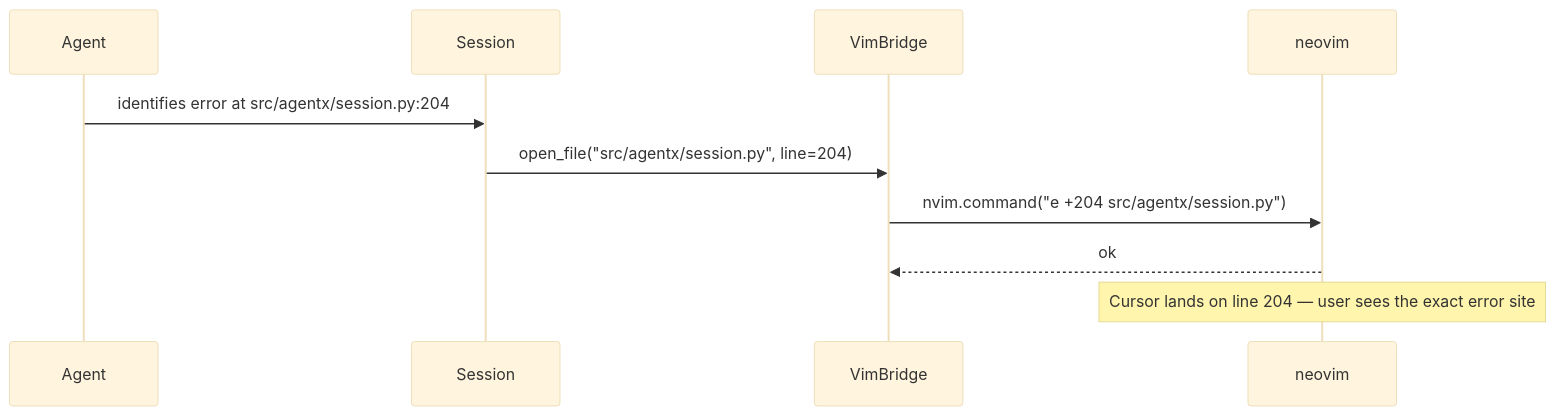
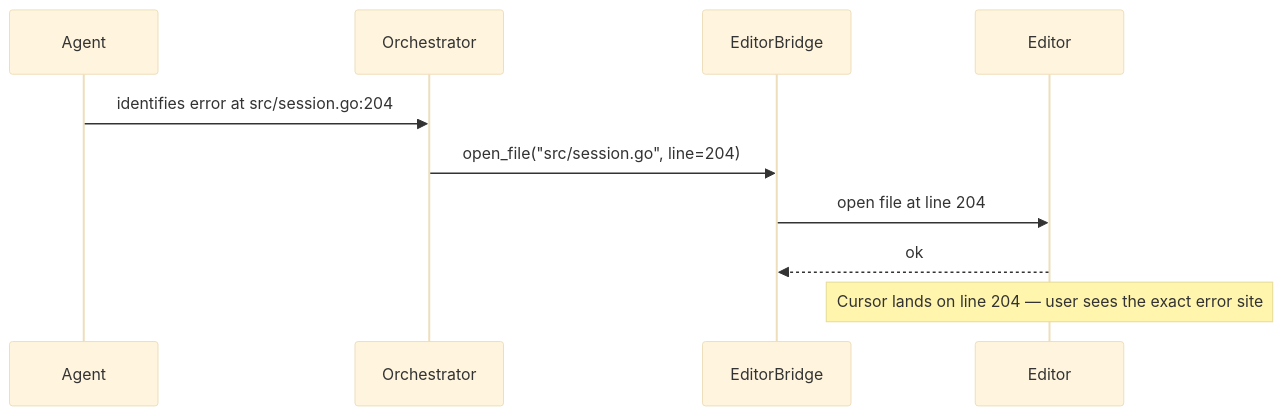
One commit to matthewapeters/agentX changed diagram 11 of 11 in docs/ux/05_VIBE_CODING.md. Above: the diagram before and after it, drawn with Mermaid (base theme). The commit also changed other lines of this file and 336 other files, not shown here.

````diff
--- a/docs/ux/05_VIBE_CODING.md
+++ b/docs/ux/05_VIBE_CODING.md
@@ -755,13 +326,13 @@
 ```mermaid
 sequenceDiagram
     participant Agent
-    participant Session
-    participant VB as VimBridge
-    participant Nvim as neovim
+    participant Orchestrator
+    participant EditorBridge
+    participant Editor
 
-    Agent->>Session: identifies error at src/agentx/session.py:204
-    Session->>VB: open_file("src/agentx/session.py", line=204)
-    VB->>Nvim: nvim.command("e +204 src/agentx/session.py")
-    Nvim-->>VB: ok
-    Note over Nvim: Cursor lands on line 204 — user sees the exact error site
+    Agent->>Orchestrator: identifies error at src/session.go:204
+    Orchestrator->>EditorBridge: open_file("src/session.go", line=204)
+    EditorBridge->>Editor: open file at line 204
+    Editor-->>EditorBridge: ok
+    Note over Editor: Cursor lands on line 204 — user sees the exact error site
 ```
````
